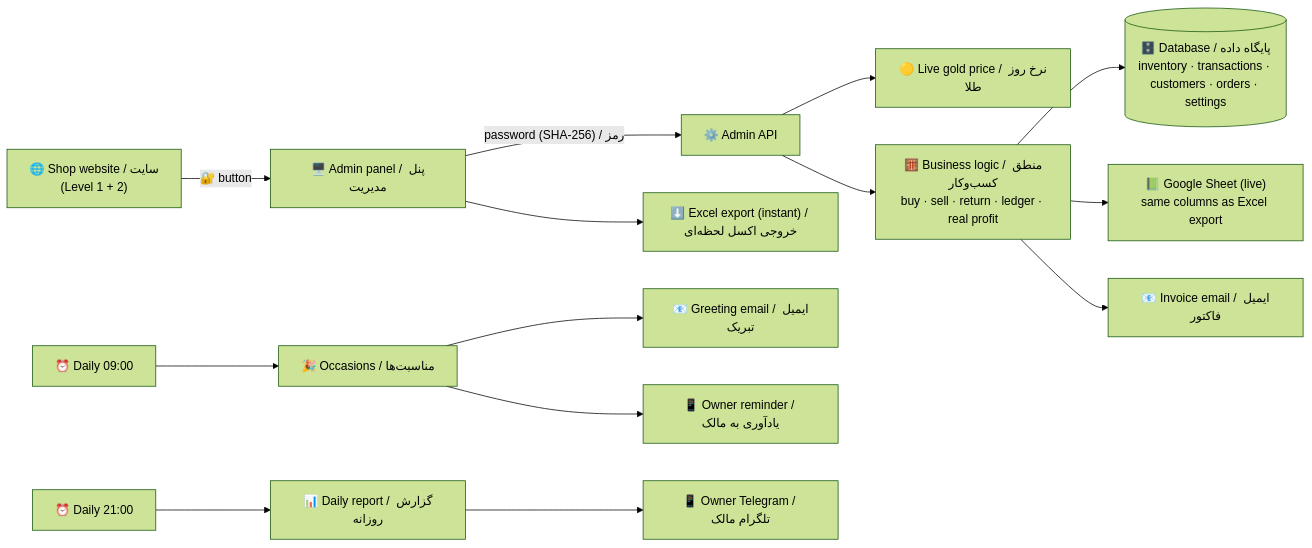
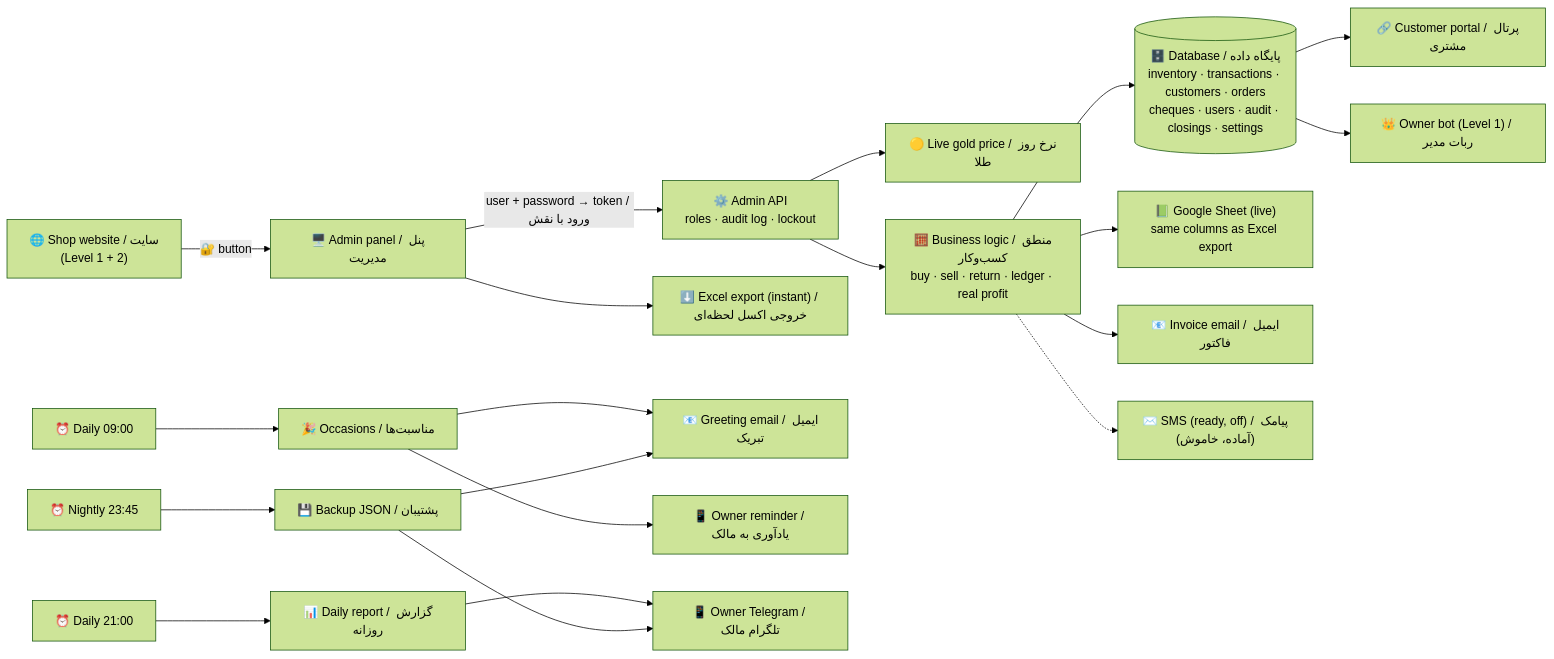
Before and after one commit to Fatemeh1203/n8n-Automation-Workflows: the diagram in projects/goldsmith/level3-gold-shop-management/README.md, drawn with Mermaid (forest theme). The commit also changed other lines of this file and 18 other files, not shown here.

First line of the commit message:
Level 3 v4 docs: users & roles, backup, cheques, savings, portal, workshop, SMS placeholder, owner bot

````diff
--- a/projects/goldsmith/level3-gold-shop-management/README.md
+++ b/projects/goldsmith/level3-gold-shop-management/README.md
@@ -18,14 +19,19 @@
 ```mermaid
 flowchart LR
   W["🌐 Shop website / سایت<br/>(Level 1 + 2)"] -->|"🔐 button"| P["🖥️ Admin panel / پنل مدیریت"]
-  P -->|"password (SHA-256) / رمز"| API["⚙️ Admin API"]
+  P -->|"user + password → token / ورود با نقش"| API["⚙️ Admin API<br/>roles · audit log · lockout"]
   API --> M["🟡 Live gold price / نرخ روز طلا"]
   API --> L["🧮 Business logic / منطق کسب‌وکار<br/>buy · sell · return · ledger · real profit"]
-  L --> DB[("🗄️ Database / پایگاه داده<br/>inventory · transactions · customers · orders · settings")]
+  L --> DB[("🗄️ Database / پایگاه داده<br/>inventory · transactions · customers · orders<br/>cheques · users · audit · closings · settings")]
   L --> GS["📗 Google Sheet (live)<br/>same columns as Excel export"]
   L --> G["📧 Invoice email / ایمیل فاکتور"]
   P --> X["⬇️ Excel export (instant) / خروجی اکسل لحظه‌ای"]
   T1["⏰ Daily 09:00"] --> O["🎉 Occasions / مناسبت‌ها"] --> E["📧 Greeting email / ایمیل تبریک"]
   O --> TG1["📱 Owner reminder / یادآوری به مالک"]
   T2["⏰ Daily 21:00"] --> R["📊 Daily report / گزارش روزانه"] --> TG2["📱 Owner Telegram / تلگرام مالک"]
+  T3["⏰ Nightly 23:45"] --> B["💾 Backup JSON / پشتیبان"] --> TG2
+  B --> E
+  DB --> CP["🔗 Customer portal / پرتال مشتری"]
+  DB --> OB["👑 Owner bot (Level 1) / ربات مدیر"]
+  L -.-> SMS["✉️ SMS (ready, off) / پیامک (آماده، خاموش)"]
 ```
````
